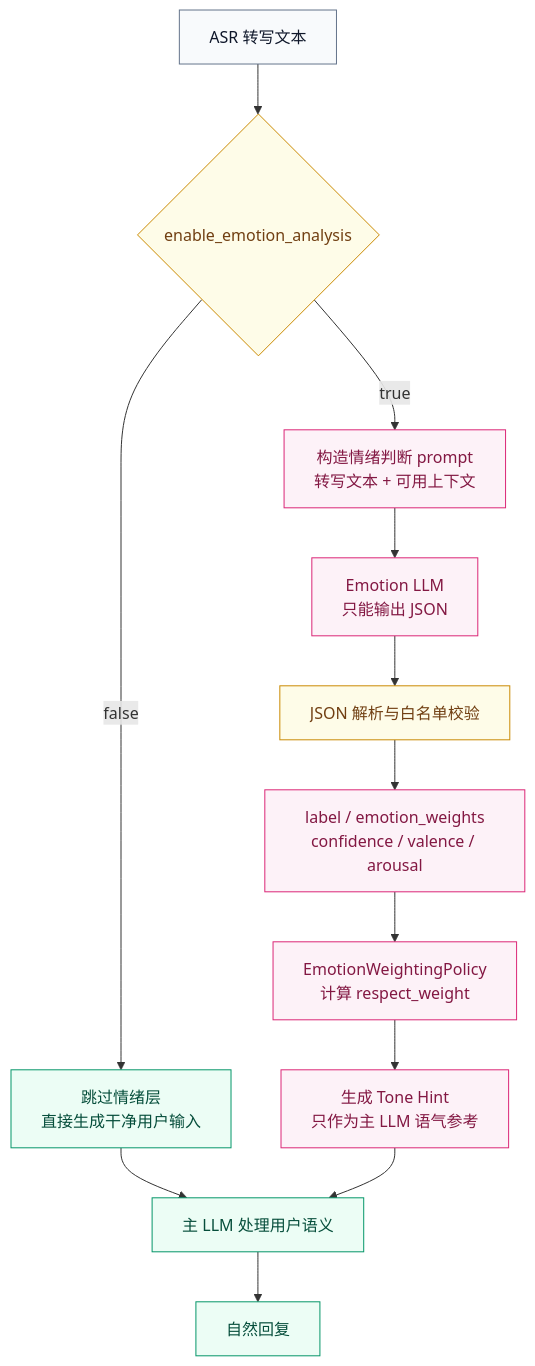
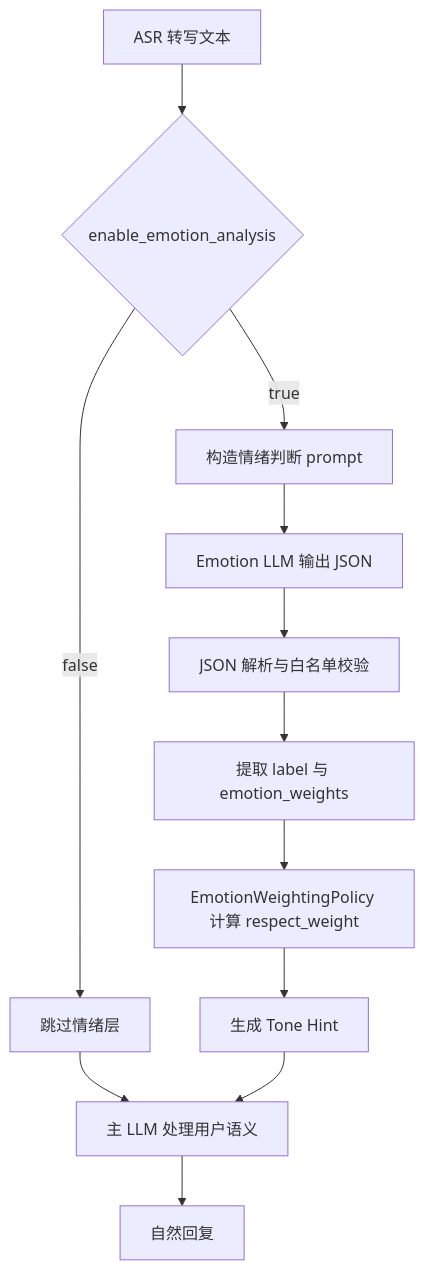
Before and after one commit to Ayleovelle/astrbot_plugin_volcengine_asr: the second of 2 diagrams in README.md, drawn with Mermaid. The commit also changed other lines of this file and 15 other files, not shown here.

````diff
--- a/README.md
+++ b/README.md
@@ -384,24 +422,14 @@
 ```mermaid
-flowchart TB
-  classDef input fill:#f8fafc,stroke:#64748b,color:#0f172a
-  classDef emotion fill:#fdf2f8,stroke:#db2777,color:#831843
-  classDef guard fill:#fefce8,stroke:#ca8a04,color:#713f12
-  classDef output fill:#ecfdf5,stroke:#059669,color:#064e3b
-
+flowchart TD
   A["ASR 转写文本"] --> B{"enable_emotion_analysis"}
-  B -- "false" --> C["跳过情绪层<br/>直接生成干净用户输入"]
-  B -- "true" --> D["构造情绪判断 prompt<br/>转写文本 + 可用上下文"]
-  D --> E["Emotion LLM<br/>只能输出 JSON"]
+  B -->|false| C["跳过情绪层"]
+  B -->|true| D["构造情绪判断 prompt"]
+  D --> E["Emotion LLM 输出 JSON"]
   E --> F["JSON 解析与白名单校验"]
-  F --> G["label / emotion_weights<br/>confidence / valence / arousal"]
-  G --> H["EmotionWeightingPolicy<br/>计算 respect_weight"]
-  H --> I["生成 Tone Hint<br/>只作为主 LLM 语气参考"]
+  F --> G["提取 label 与 emotion_weights"]
+  G --> H["EmotionWeightingPolicy 计算 respect_weight"]
+  H --> I["生成 Tone Hint"]
   C --> J["主 LLM 处理用户语义"]
   I --> J
   J --> K["自然回复"]
-
-  class A input
-  class B,F guard
-  class D,E,G,H,I emotion
-  class C,J,K output
 ```
````
